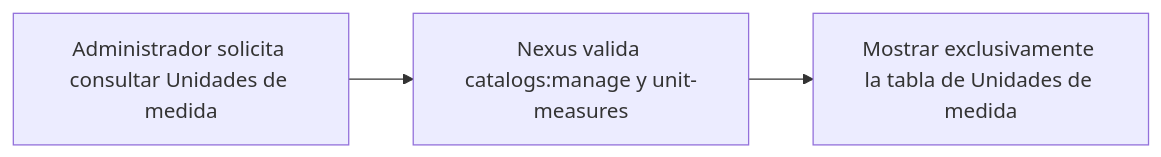
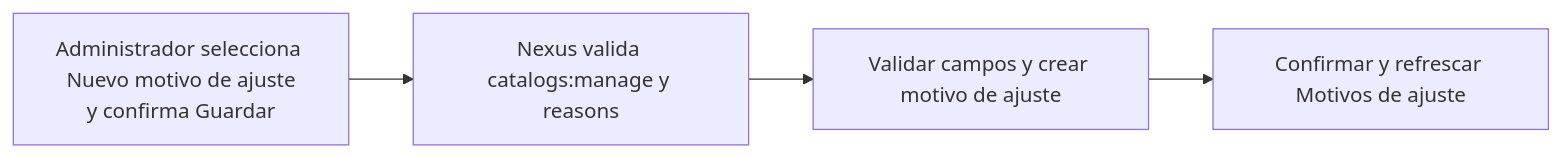
Before and after one commit to gpgsistemas01/nexus: the diagram in docs/requirements/diagrams/catalogs/cu-cat-40.md, drawn with Mermaid. The commit also changed other lines of this file and 126 other files, not shown here.

````diff
--- a/docs/requirements/diagrams/catalogs/cu-cat-40.md
+++ b/docs/requirements/diagrams/catalogs/cu-cat-40.md
@@ -3,5 +3,6 @@
 ```mermaid
 flowchart LR
-    request["Administrador solicita consultar Unidades de medida"] --> authorize["Nexus valida catalogs:manage y unit-measures"]
-    authorize --> result["Mostrar exclusivamente la tabla de Unidades de medida"]
+    request["Administrador selecciona Nuevo motivo de ajuste<br/>y confirma Guardar"] --> authorize["Nexus valida catalogs:manage y reasons"]
+    authorize --> persist["Validar campos y crear motivo de ajuste"]
+    persist --> result["Confirmar y refrescar Motivos de ajuste"]
 ```
````
